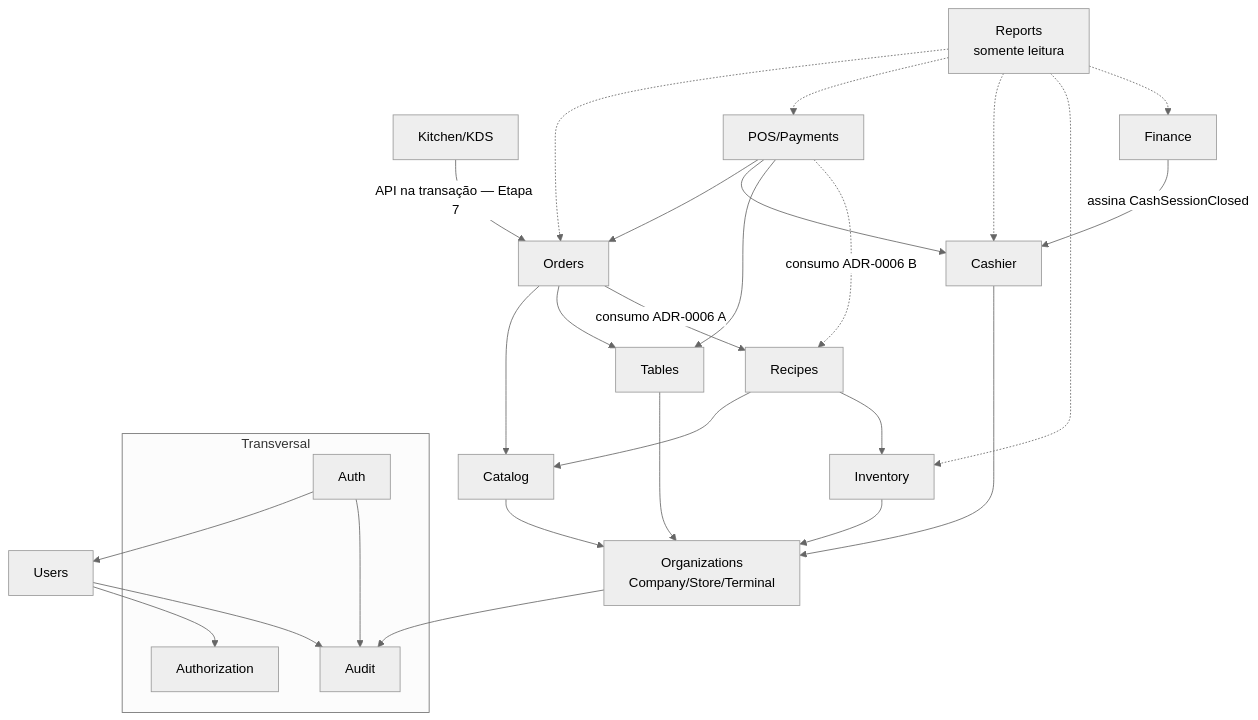
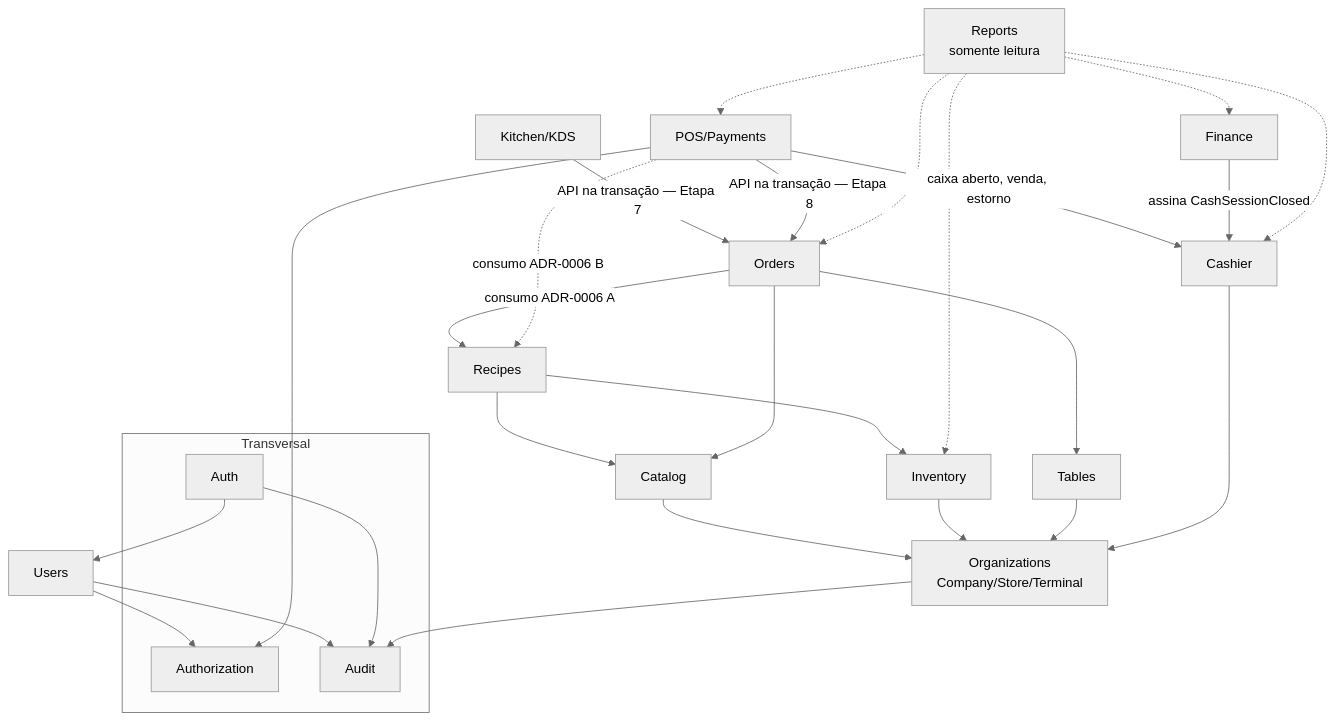
Before and after one commit to marlonerick/erp-mesa-restaurante: the second of 2 diagrams in maps/modules/dependencias.md, drawn with Mermaid (neutral theme). The commit also changed other lines of this file and 78 other files, not shown here.

First line of the commit message:
feat(semana-8): etapa 8 - PDV e caixa com pagamento idempotente e fechamento cego

````diff
--- a/maps/modules/dependencias.md
+++ b/maps/modules/dependencias.md
@@ -71,40 +76,40 @@
 ```mermaid
 flowchart TD
   subgraph Transversal
     AUTH[Auth]
     AUTHZ[Authorization]
     AUDIT[Audit]
   end
 
   USERS[Users] --> AUTHZ
   USERS --> AUDIT
   AUTH --> USERS
   AUTH --> AUDIT
   ORG[Organizations<br/>Company/Store/Terminal] --> AUDIT
 
   CAT[Catalog] --> ORG
   INV[Inventory] --> ORG
   REC[Recipes] --> CAT
   REC --> INV
 
   TAB[Tables] --> ORG
   ORD[Orders] --> CAT
   ORD --> TAB
   ORD -->|consumo ADR-0006 A| REC
 
   KIT[Kitchen/KDS] -->|API na transação — Etapa 7| ORD
 
   CASH[Cashier] --> ORG
-  PAY[POS/Payments] --> ORD
-  PAY --> CASH
-  PAY --> TAB
+  PAY[POS/Payments] -->|API na transação — Etapa 8| ORD
+  PAY -->|caixa aberto, venda, estorno| CASH
+  PAY --> AUTHZ
   PAY -.->|consumo ADR-0006 B| REC
 
   FIN[Finance] -->|assina CashSessionClosed| CASH
 
   REP[Reports<br/>somente leitura] -.-> ORD
   REP -.-> PAY
   REP -.-> CASH
   REP -.-> INV
   REP -.-> FIN
 ```
````
